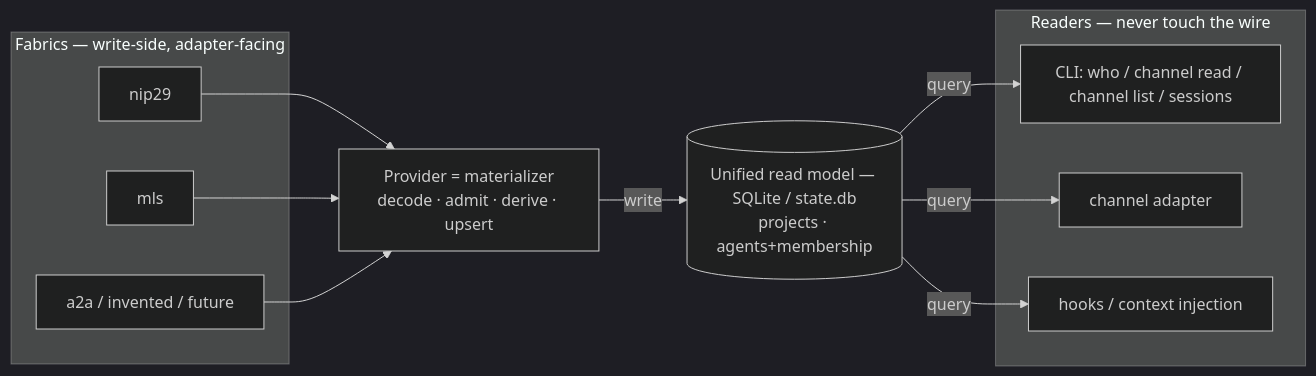
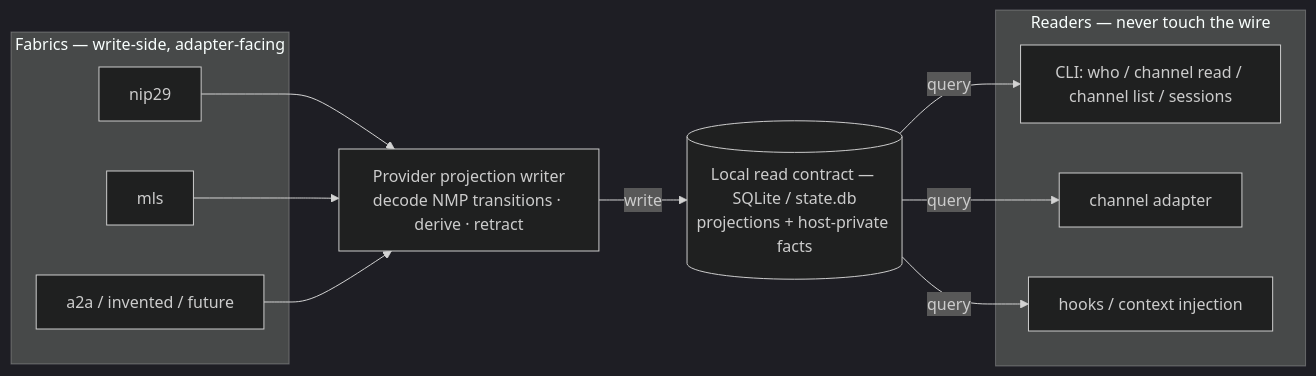
One commit to pablof7z/mosaico changed the second of 6 diagrams in docs/fabric-architecture.md. Above: the diagram before and after it, drawn with Mermaid (dark theme). The commit also changed other lines of this file and 26 other files, not shown here.

````diff
--- a/docs/fabric-architecture.md
+++ b/docs/fabric-architecture.md
@@ -142,22 +150,22 @@
 ```mermaid
 flowchart LR
     subgraph FABRICS["Fabrics — write-side, adapter-facing"]
         F1["nip29"]
         F2["mls"]
         F3["a2a / invented / future"]
     end
-    MAT["Provider = materializer<br/>decode · admit · derive · upsert"]
-    STORE[("Unified read model — SQLite / state.db<br/>projects · agents+membership")]
+    MAT["Provider projection writer<br/>decode NMP transitions · derive · retract"]
+    STORE[("Local read contract — SQLite / state.db<br/>projections + host-private facts")]
     subgraph READERS["Readers — never touch the wire"]
         R1["CLI: who / channel read / channel list / sessions"]
         R2["channel adapter"]
         R3["hooks / context injection"]
     end
     F1 --> MAT
     F2 --> MAT
     F3 --> MAT
     MAT -- write --> STORE
     STORE -- query --> R1
     STORE -- query --> R2
     STORE -- query --> R3
 ```
````
